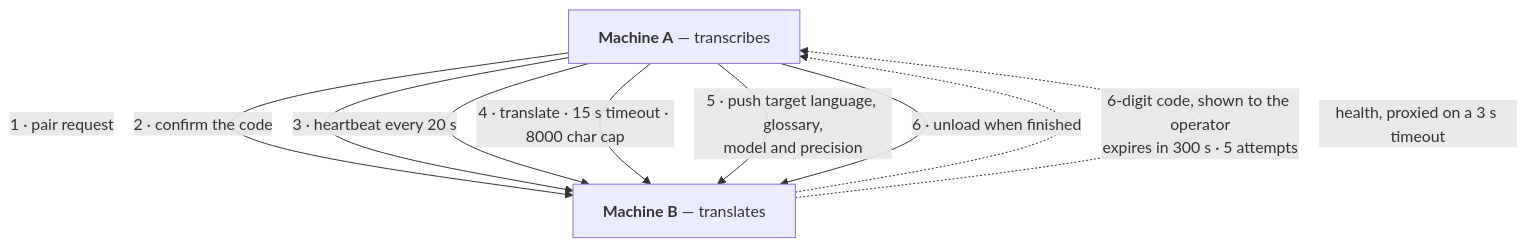
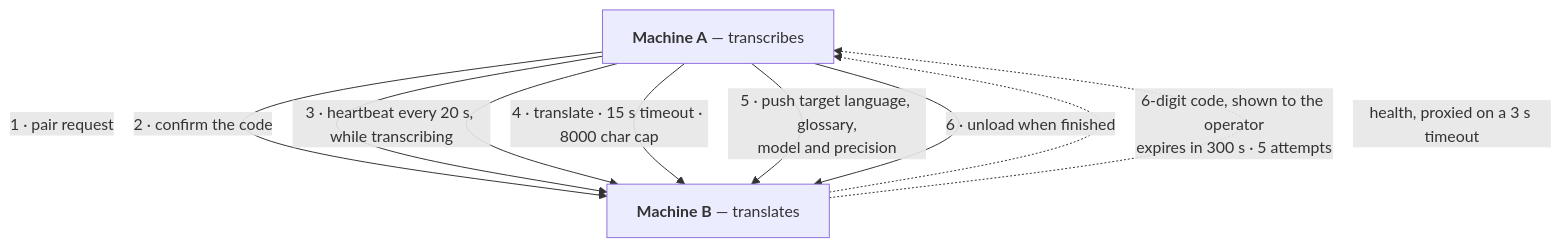
Before and after one commit to ChurchPresenter/STT: the ninth of 12 diagrams in PIPELINE.md, drawn with Mermaid. The commit also changed other lines of this file, not shown here.

````diff
--- a/PIPELINE.md
+++ b/PIPELINE.md
@@ -434,14 +461,14 @@
 ```mermaid
 flowchart TD
     A["<b>Machine A</b> — transcribes"]
     B["<b>Machine B</b> — translates"]
 
     A -->|1 · pair request| B
     B -.->|6-digit code, shown to the operator<br/>expires in 300 s · 5 attempts| A
     A -->|2 · confirm the code| B
-    A -->|3 · heartbeat every 20 s| B
+    A -->|3 · heartbeat every 20 s, while transcribing| B
     A -->|4 · translate · 15 s timeout · 8000 char cap| B
     A -->|5 · push target language, glossary,<br/>model and precision| B
     A -->|6 · unload when finished| B
     B -.->|health, proxied on a 3 s timeout| A
 ```
````
